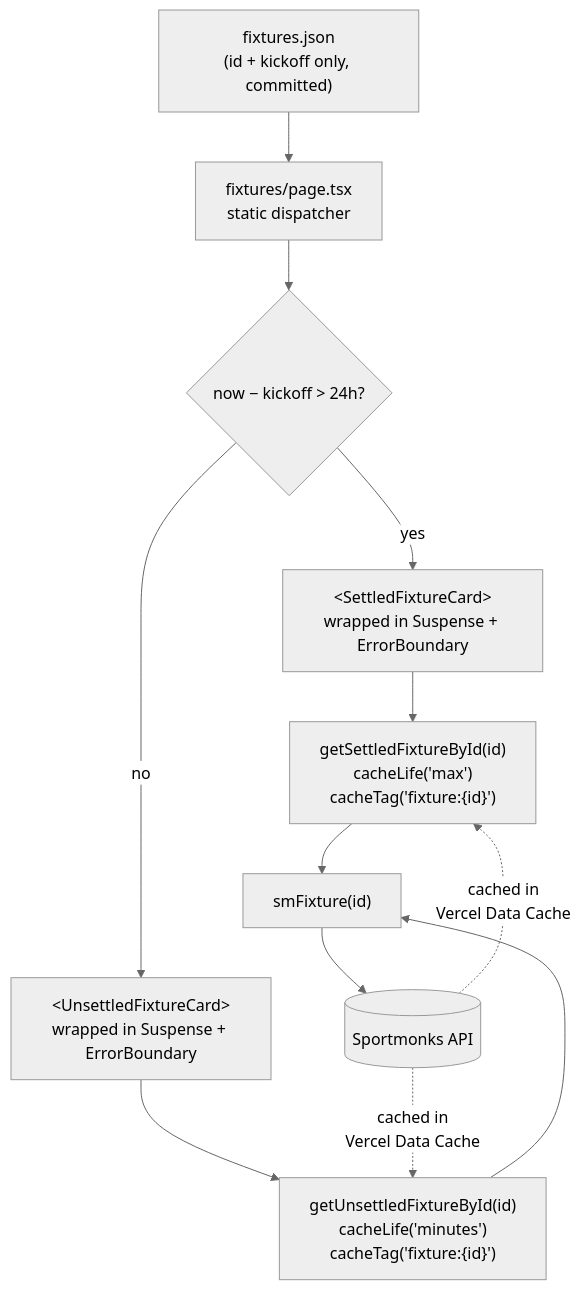
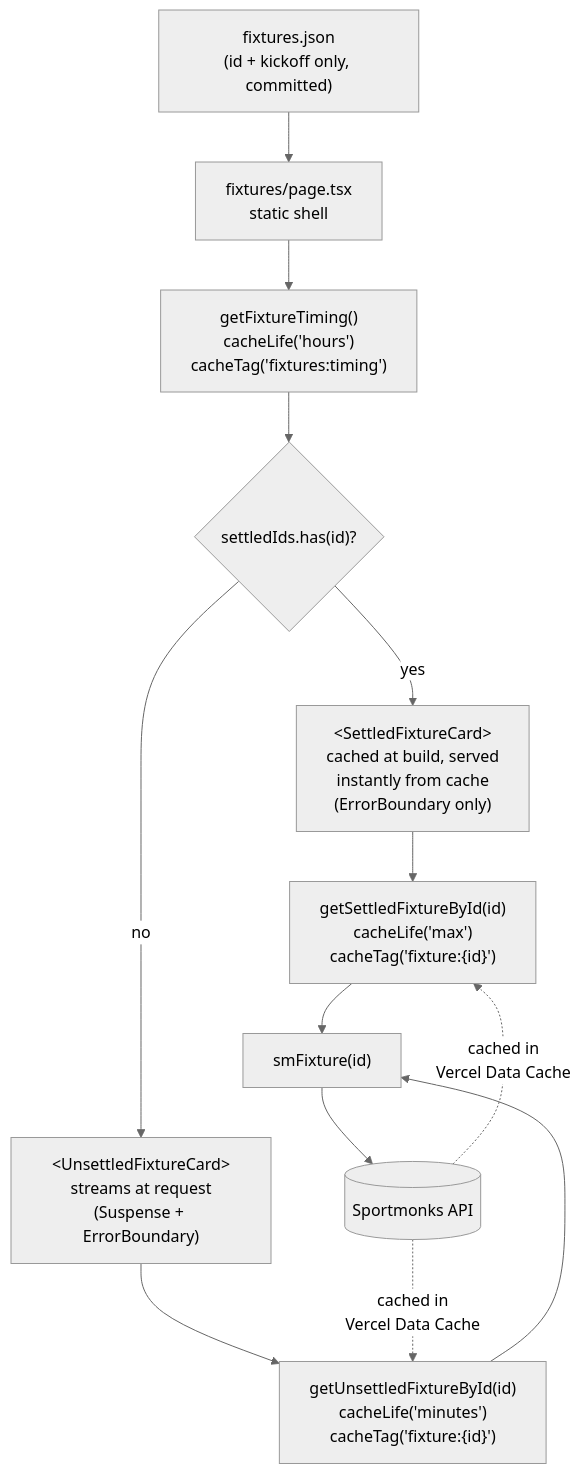
Before and after one commit to arsenalamerica/app: the diagram in docs/adr/005-fixture-index-and-state-aware-caching.md, drawn with Mermaid (neutral theme). The commit also changed other lines of this file and 7 other files, not shown here.

First line of the commit message:
feat(fixtures): PPR shell + cached settled/unsettled cards (#75)

````diff
--- a/docs/adr/005-fixture-index-and-state-aware-caching.md
+++ b/docs/adr/005-fixture-index-and-state-aware-caching.md
@@ -72,14 +80,15 @@
 ```mermaid
 flowchart TD
-    A["fixtures.json<br/>(id + kickoff only, committed)"] --> B["fixtures/page.tsx<br/>static dispatcher"]
-    B --> C{"now − kickoff &gt; 24h?"}
-    C -->|yes| D["&lt;SettledFixtureCard&gt;<br/>wrapped in Suspense + ErrorBoundary"]
-    C -->|no| E["&lt;UnsettledFixtureCard&gt;<br/>wrapped in Suspense + ErrorBoundary"]
+    A["fixtures.json<br/>(id + kickoff only, committed)"] --> B["fixtures/page.tsx<br/>static shell"]
+    B --> T["getFixtureTiming()<br/>cacheLife('hours')<br/>cacheTag('fixtures:timing')"]
+    T --> C{"settledIds.has(id)?"}
+    C -->|yes| D["&lt;SettledFixtureCard&gt;<br/>cached at build, served<br/>instantly from cache<br/>(ErrorBoundary only)"]
+    C -->|no| E["&lt;UnsettledFixtureCard&gt;<br/>streams at request<br/>(Suspense + ErrorBoundary)"]
     D --> F["getSettledFixtureById(id)<br/>cacheLife('max')<br/>cacheTag('fixture:{id}')"]
     E --> G["getUnsettledFixtureById(id)<br/>cacheLife('minutes')<br/>cacheTag('fixture:{id}')"]
     F --> H["smFixture(id)"]
     G --> H
     H --> I[("Sportmonks API")]
     I -.->|cached in<br/>Vercel Data Cache| F
     I -.->|cached in<br/>Vercel Data Cache| G
 ```
````
